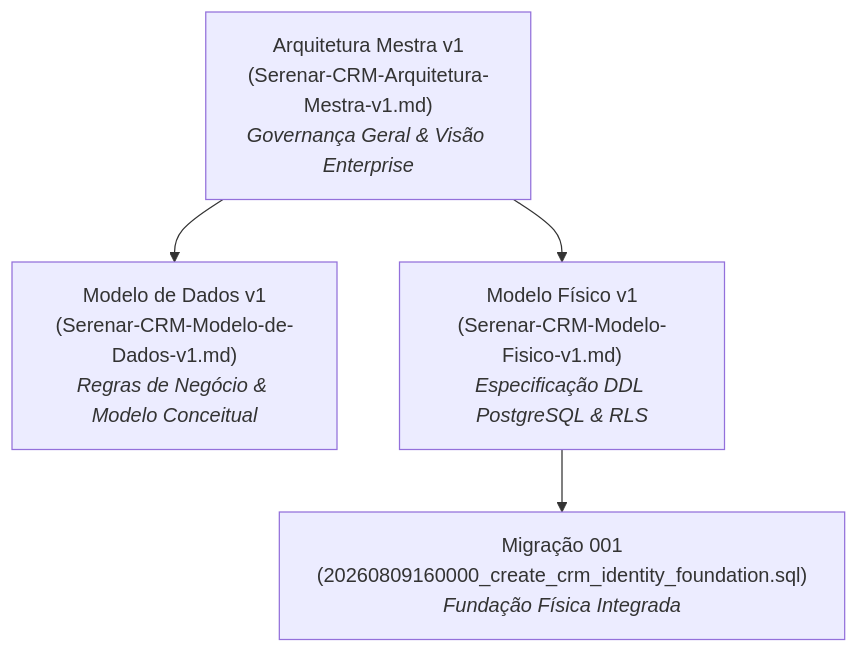
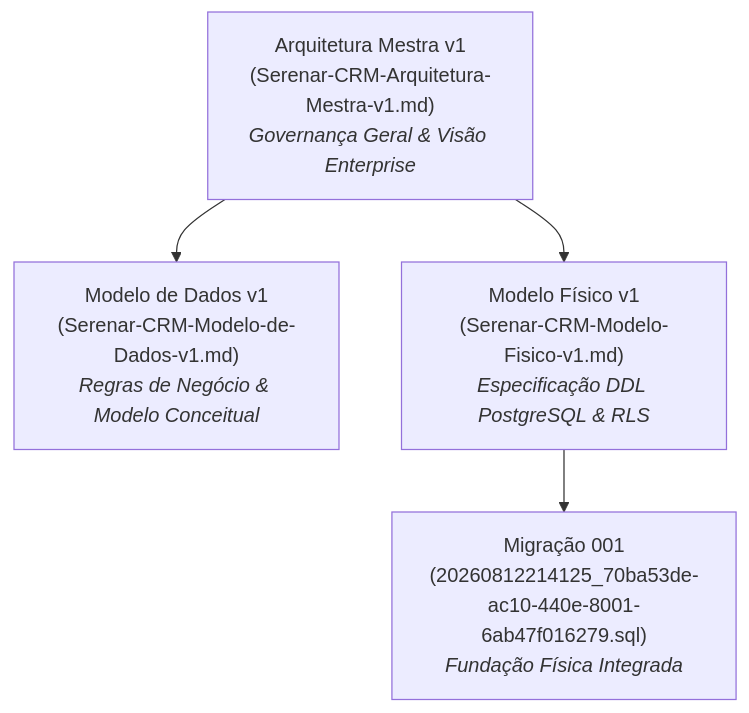
The first of 6 diagrams in docs/Arquitetura/CRM/Serenar-CRM-Arquitetura-Mestra-v1.md (44CodeSimone/serenar-bemestar), drawn with Mermaid before and after one commit. The commit also changed other lines of this file and 3 other files, not shown here.

````diff
--- a/docs/Arquitetura/CRM/Serenar-CRM-Arquitetura-Mestra-v1.md
+++ b/docs/Arquitetura/CRM/Serenar-CRM-Arquitetura-Mestra-v1.md
@@ -22,11 +22,11 @@
 ```mermaid
 graph TD
     AM["Arquitetura Mestra v1<br/>(Serenar-CRM-Arquitetura-Mestra-v1.md)<br/><i>Governança Geral & Visão Enterprise</i>"]
     MD["Modelo de Dados v1<br/>(Serenar-CRM-Modelo-de-Dados-v1.md)<br/><i>Regras de Negócio & Modelo Conceitual</i>"]
     MF["Modelo Físico v1<br/>(Serenar-CRM-Modelo-Fisico-v1.md)<br/><i>Especificação DDL PostgreSQL & RLS</i>"]
-    MIG["Migração 001<br/>(20260809160000_create_crm_identity_foundation.sql)<br/><i>Fundação Física Integrada</i>"]
+    MIG["Migração 001<br/>(20260812214125_70ba53de-ac10-440e-8001-6ab47f016279.sql)<br/><i>Fundação Física Integrada</i>"]
 
     AM --> MD
     AM --> MF
     MF --> MIG
 ```
````
